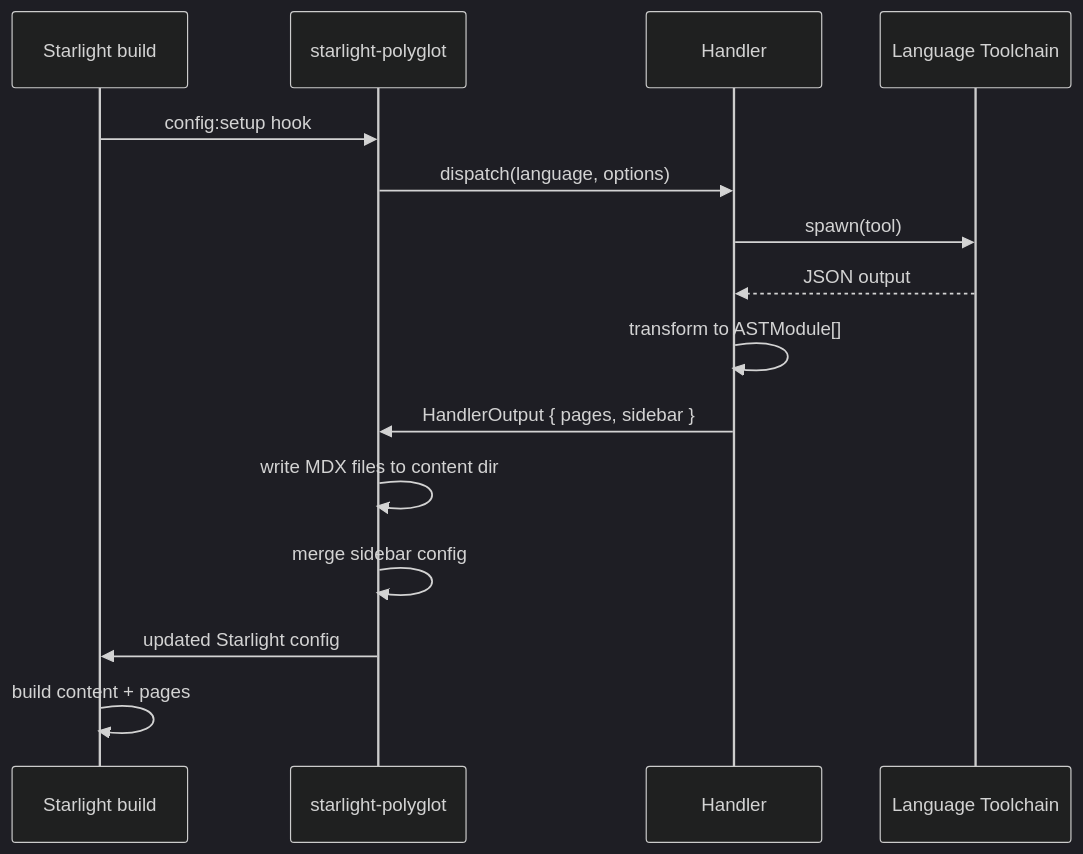
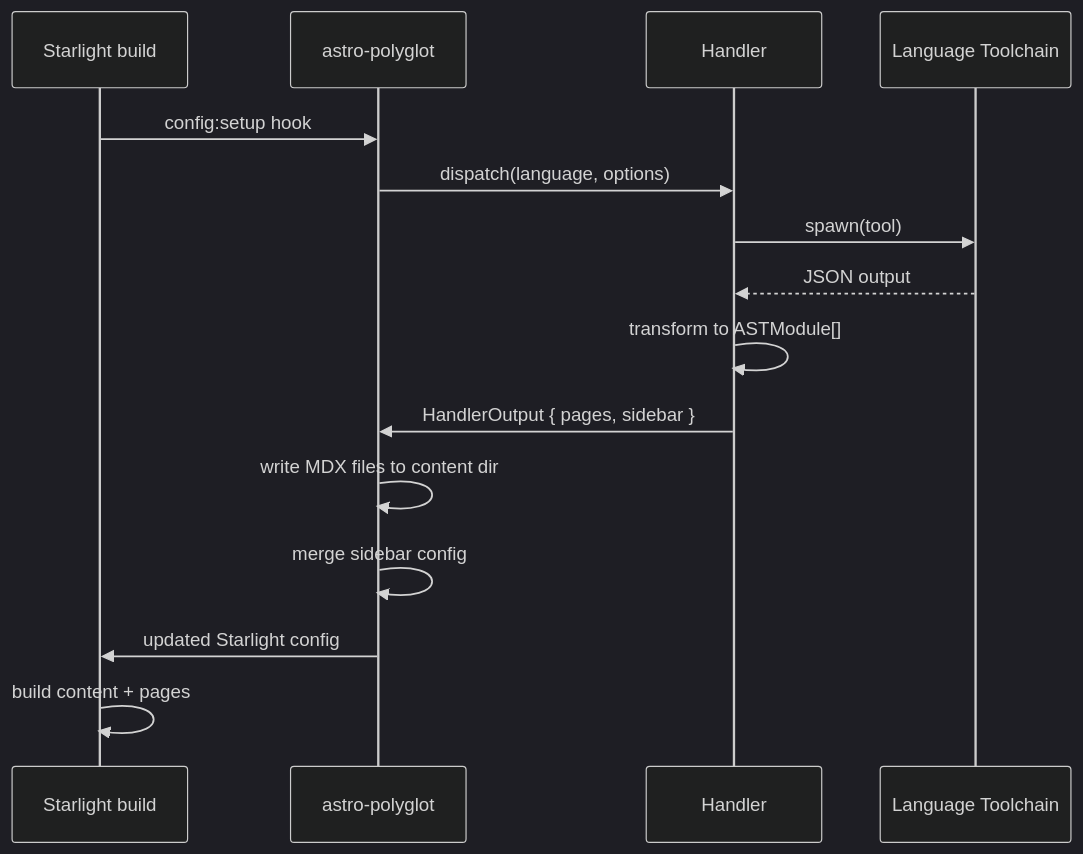
One commit to edithatogo/astro-polyglot changed the diagram in docs/astro-site/src/content/docs/latest/handler-development.mdx. Above: the diagram before and after it, drawn with Mermaid (dark theme). The commit also changed other lines of this file and 145 other files, not shown here.

````diff
--- a/docs/astro-site/src/content/docs/latest/handler-development.mdx
+++ b/docs/astro-site/src/content/docs/latest/handler-development.mdx
@@ -216,18 +216,18 @@
 ```mermaid
 sequenceDiagram
     participant S as Starlight build
-    participant P as starlight-polyglot
+    participant P as astro-polyglot
     participant H as Handler
     participant T as Language Toolchain
 
     S->>P: config:setup hook
     P->>H: dispatch(language, options)
     H->>T: spawn(tool)
     T-->>H: JSON output
     H->>H: transform to ASTModule[]
     H->>P: HandlerOutput { pages, sidebar }
     P->>P: write MDX files to content dir
     P->>P: merge sidebar config
     P->>S: updated Starlight config
     S->>S: build content + pages
 ```
````
